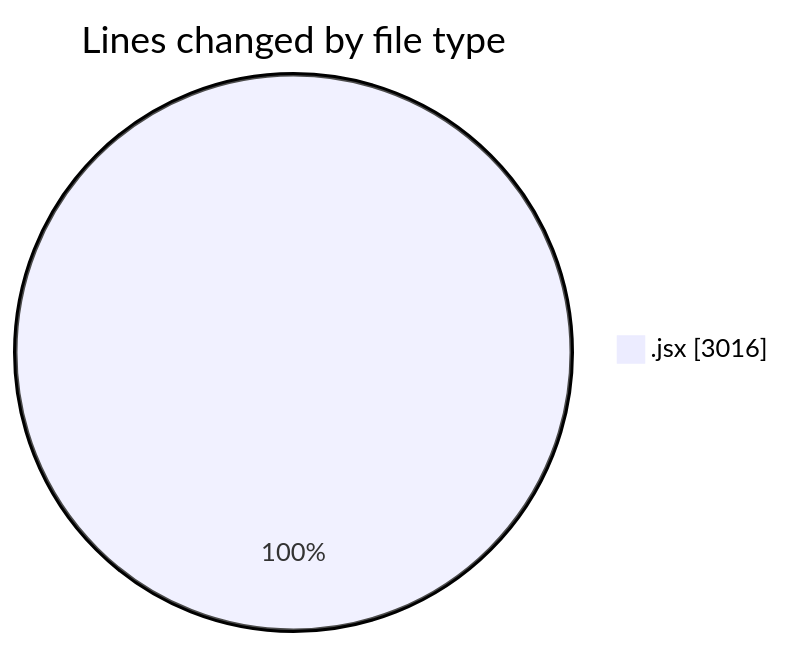
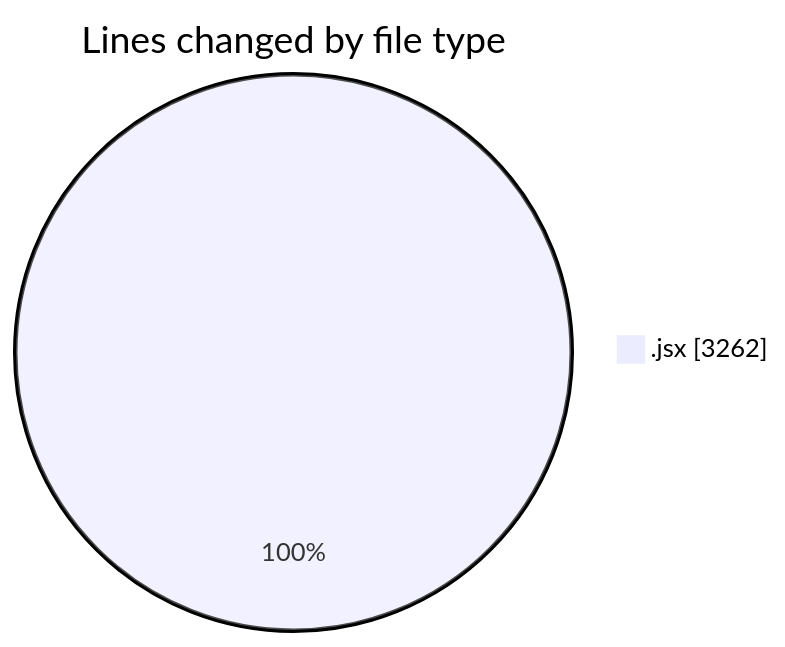
Before and after one commit to nxtqubesakshisongat/code-tracking: the first of 2 diagrams in 2025-07-15/argos/README.md, drawn with Mermaid. The commit also changed other lines of this file and 1 other file, not shown here.

````diff
--- a/2025-07-15/argos/README.md
+++ b/2025-07-15/argos/README.md
@@ -24,5 +25,5 @@
 ```mermaid
 pie showData
 title Lines changed by file type
-".jsx" : 3016
+".jsx" : 3262
 ```
````
